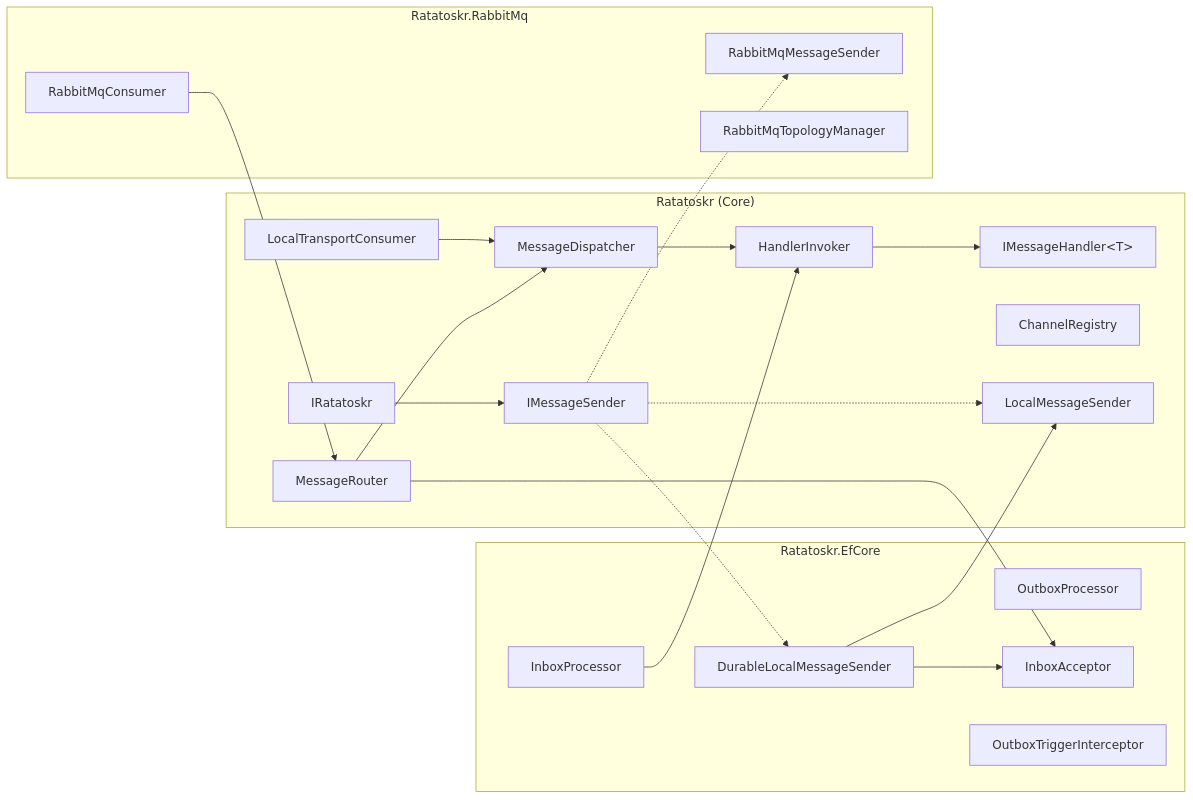
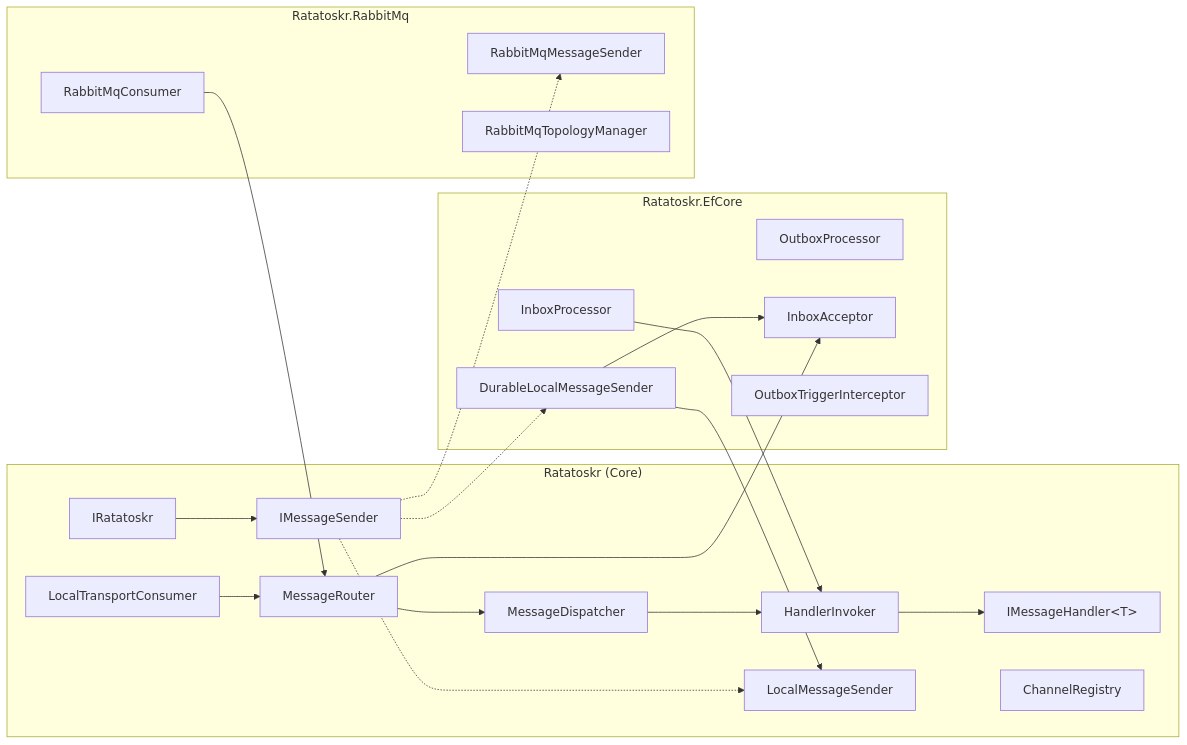
One commit to saithis/Ratatoskr changed the first of 9 diagrams in docs/architecture.md. Above: the diagram before and after it, drawn with Mermaid. The commit also changed other lines of this file and 3 other files, not shown here.

Commit message:
use router for local transport as well

````diff
--- a/docs/architecture.md
+++ b/docs/architecture.md
@@ -7,42 +7,42 @@
 ```mermaid
 graph LR
     subgraph Core ["Ratatoskr (Core)"]
         IRatatoskr["IRatatoskr"]
         IMessageSender["IMessageSender"]
         IMessageHandler["IMessageHandler&lt;T&gt;"]
         MessageRouter["MessageRouter"]
         MessageDispatcher["MessageDispatcher"]
         HandlerInvoker["HandlerInvoker"]
         ChannelRegistry["ChannelRegistry"]
         LocalSender["LocalMessageSender"]
         LocalConsumer["LocalTransportConsumer"]
     end
 
     subgraph EfCore ["Ratatoskr.EfCore"]
         OutboxProcessor["OutboxProcessor"]
         InboxProcessor["InboxProcessor"]
         InboxAcceptor["InboxAcceptor"]
         DurableLocalSender["DurableLocalMessageSender"]
         OutboxInterceptor["OutboxTriggerInterceptor"]
     end
 
     subgraph RabbitMq ["Ratatoskr.RabbitMq"]
         RmqSender["RabbitMqMessageSender"]
         RmqConsumer["RabbitMqConsumer"]
         TopologyManager["RabbitMqTopologyManager"]
     end
 
     IRatatoskr --> IMessageSender
     IMessageSender -.-> LocalSender
     IMessageSender -.-> RmqSender
     IMessageSender -.-> DurableLocalSender
     DurableLocalSender --> LocalSender
     DurableLocalSender --> InboxAcceptor
-    LocalConsumer --> MessageDispatcher
+    LocalConsumer --> MessageRouter
     RmqConsumer --> MessageRouter
     MessageRouter --> InboxAcceptor
     MessageRouter --> MessageDispatcher
     MessageDispatcher --> HandlerInvoker
     InboxProcessor --> HandlerInvoker
     HandlerInvoker --> IMessageHandler
 ```
````
